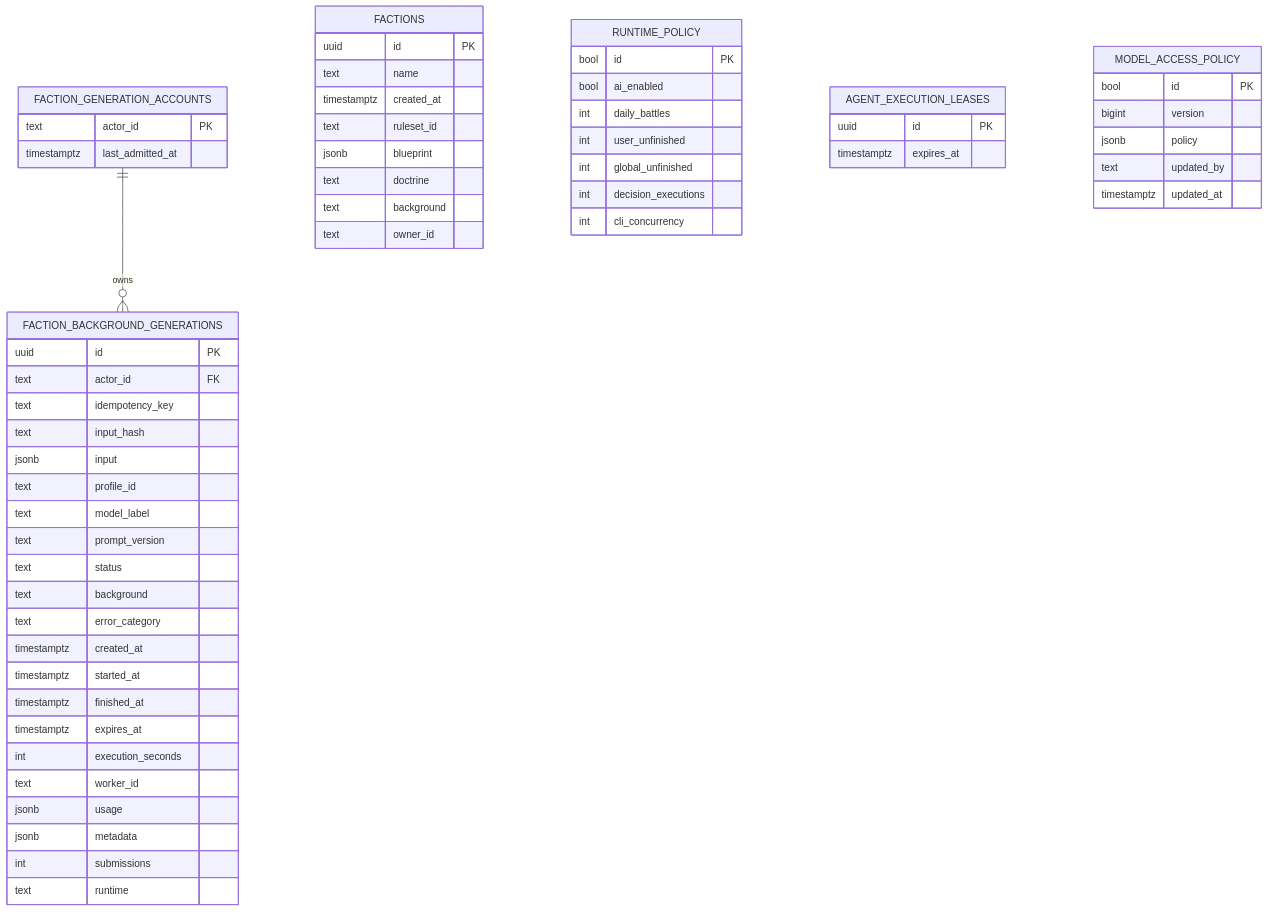
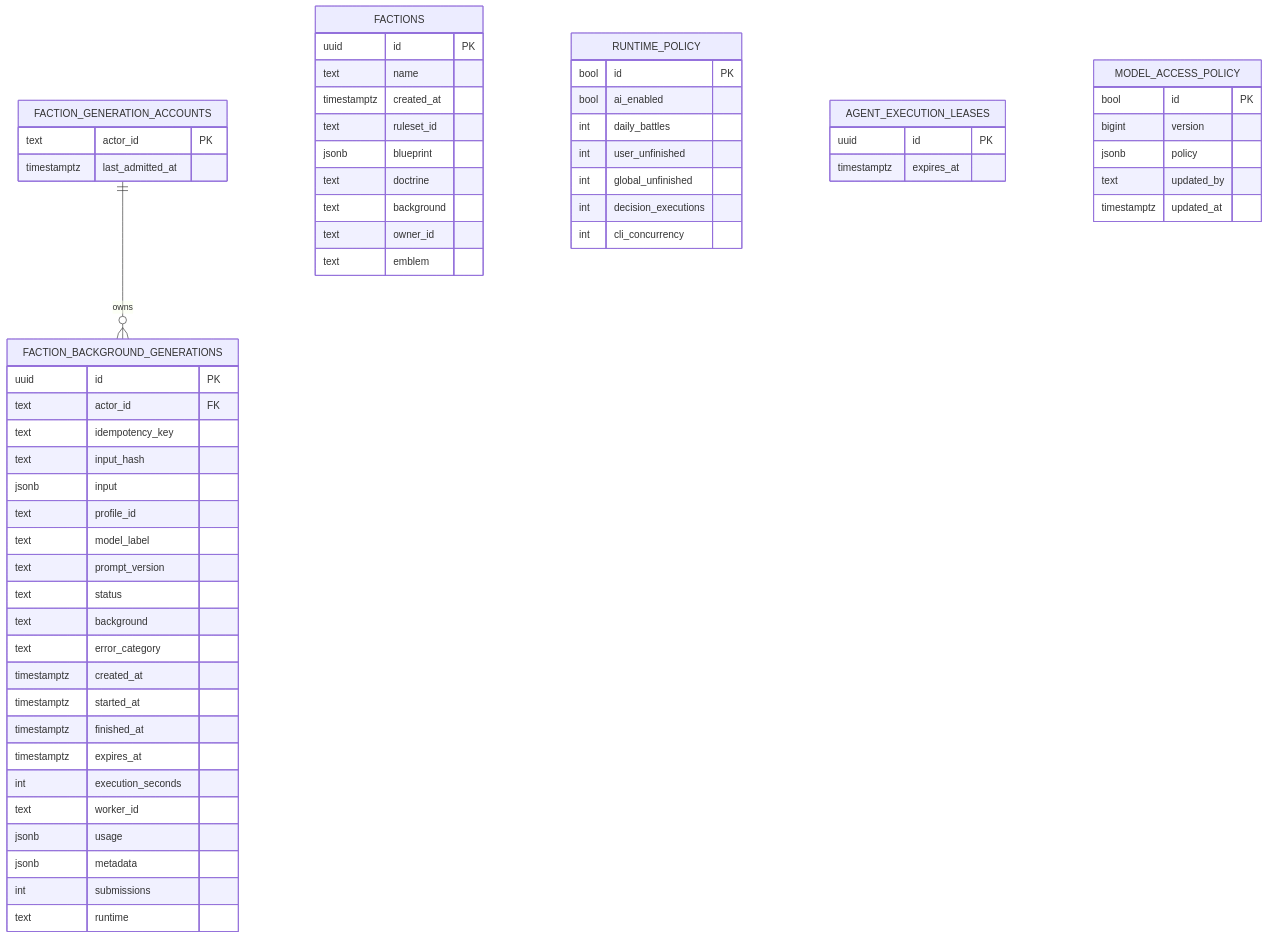
Before and after one commit to twhAuto/autonomous_battlefield: the second of 3 diagrams in docs/architecture/database.md, drawn with Mermaid. The commit also changed other lines of this file and 28 other files, not shown here.

````diff
--- a/docs/architecture/database.md
+++ b/docs/architecture/database.md
@@ -153,61 +161,62 @@
 ```mermaid
 erDiagram
     FACTION_GENERATION_ACCOUNTS ||--o{ FACTION_BACKGROUND_GENERATIONS : "owns"
     FACTIONS {
         uuid id PK
         text name
         timestamptz created_at
         text ruleset_id
         jsonb blueprint
         text doctrine
         text background
         text owner_id
+        text emblem
     }
     FACTION_GENERATION_ACCOUNTS {
         text actor_id PK
         timestamptz last_admitted_at
     }
     FACTION_BACKGROUND_GENERATIONS {
         uuid id PK
         text actor_id FK
         text idempotency_key
         text input_hash
         jsonb input
         text profile_id
         text model_label
         text prompt_version
         text status
         text background
         text error_category
         timestamptz created_at
         timestamptz started_at
         timestamptz finished_at
         timestamptz expires_at
         int execution_seconds
         text worker_id
         jsonb usage
         jsonb metadata
         int submissions
         text runtime
     }
     RUNTIME_POLICY {
         bool id PK
         bool ai_enabled
         int daily_battles
         int user_unfinished
         int global_unfinished
         int decision_executions
         int cli_concurrency
     }
     AGENT_EXECUTION_LEASES {
         uuid id PK
         timestamptz expires_at
     }
     MODEL_ACCESS_POLICY {
         bool id PK
         bigint version
         jsonb policy
         text updated_by
         timestamptz updated_at
     }
 ```
````
